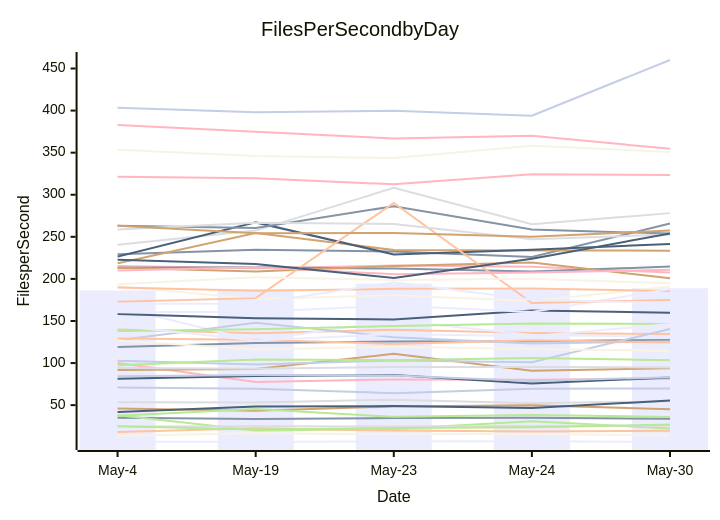
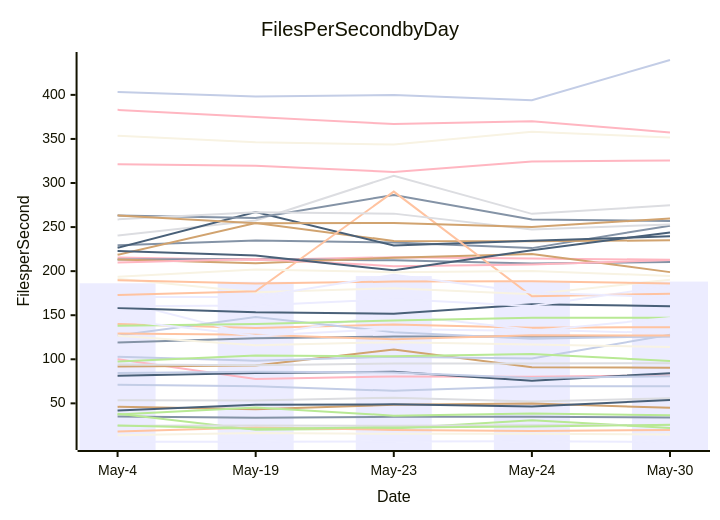
One commit to streetsidesoftware/cspell changed the diagram in perf-report.md. Above: the diagram before and after it, drawn with Mermaid. The commit also changed other lines of this file and 2 other files, not shown here.

````diff
--- a/perf-report.md
+++ b/perf-report.md
@@ -11,57 +11,57 @@
 ```mermaid
 xychart-beta
     title Files Per Second by Day
     y-axis Files per Second
     x-axis Date [May-4, May-19, May-23, May-24, May-30]
-    bar [186.25, 187.94, 194.38, 187.53, 188.92]
-    line [35.07, 33.61, 34.69, 34.94, 33.95]
-    line [140.01, 135.42, 139.50, 135.65, 134.52]
-    line [53.38, 53.17, 56.48, 52.20, 54.66]
-    line [38.18, 20.00, 21.53, 30.85, 22.15]
-    line [46.04, 43.44, 48.37, 49.79, 45.25]
-    line [71.11, 69.47, 64.25, 69.53, 69.68]
-    line [100.08, 77.54, 80.59, 80.29, 81.23]
-    line [81.26, 84.52, 85.73, 75.59, 82.90]
-    line [191.37, 176.15, 180.59, 173.73, 190.94]
-    line [166.55, 126.61, 150.87, 133.44, 131.20]
-    line [119.17, 123.77, 125.73, 125.94, 127.43]
-    line [17.95, 22.53, 19.87, 18.72, 19.65]
-    line [24.56, 24.84, 24.48, 25.27, 25.42]
-    line [24.93, 21.05, 22.73, 23.64, 26.94]
-    line [91.75, 92.82, 111.10, 90.94, 93.75]
-    line [102.79, 98.35, 102.96, 100.96, 140.55]
-    line [382.99, 374.77, 366.83, 370.08, 354.54]
-    line [158.32, 153.28, 151.73, 162.52, 159.90]
-    line [13.72, 16.48, 15.39, 15.58, 14.26]
-    line [6.46, 6.48, 6.70, 7.10, 6.20]
-    line [229.32, 234.71, 232.57, 226.13, 265.79]
-    line [189.78, 185.86, 188.16, 188.58, 185.60]
-    line [240.52, 257.39, 308.24, 265.00, 278.15]
-    line [37.38, 45.35, 36.07, 38.42, 36.05]
-    line [218.55, 254.57, 234.26, 233.79, 233.59]
-    line [127.00, 147.92, 130.77, 123.22, 125.73]
-    line [215.39, 212.55, 215.84, 214.38, 207.68]
-    line [226.51, 267.13, 229.05, 234.58, 241.52]
-    line [353.58, 346.15, 343.69, 358.26, 350.88]
-    line [160.29, 160.94, 168.26, 160.60, 188.11]
-    line [213.17, 213.72, 212.23, 208.69, 214.71]
-    line [129.13, 127.71, 122.71, 127.15, 124.34]
-    line [94.12, 93.35, 95.34, 95.32, 94.75]
-    line [138.03, 140.07, 144.01, 147.15, 146.35]
-    line [213.15, 208.87, 215.23, 219.43, 200.71]
-    line [84.38, 85.95, 85.08, 78.77, 83.17]
-    line [321.24, 319.57, 312.48, 324.31, 323.51]
-    line [41.81, 48.29, 48.86, 46.46, 55.44]
-    line [126.81, 116.06, 119.43, 116.84, 114.69]
-    line [144.52, 126.78, 134.48, 131.99, 146.37]
-    line [263.11, 260.36, 286.42, 258.60, 253.82]
-    line [172.93, 177.15, 290.28, 171.42, 175.04]
-    line [258.73, 266.74, 265.26, 247.18, 252.79]
-    line [97.37, 104.19, 103.43, 105.92, 103.38]
-    line [263.28, 254.35, 254.61, 250.00, 257.52]
-    line [403.25, 398.12, 399.78, 393.93, 460.10]
-    line [209.84, 213.89, 205.67, 207.63, 210.79]
-    line [222.86, 217.73, 200.96, 223.84, 254.05]
-    line [193.68, 201.86, 198.76, 200.08, 194.69]
-    line [170.59, 170.67, 195.94, 175.36, 171.48]
+    bar [186.25, 187.94, 194.38, 187.53, 188.19]
+    line [35.07, 33.61, 34.69, 34.94, 33.92]
+    line [140.01, 135.42, 139.50, 135.65, 136.47]
+    line [53.38, 53.17, 56.48, 52.20, 55.80]
+    line [38.18, 20.00, 21.53, 30.85, 22.08]
+    line [46.04, 43.44, 48.37, 49.79, 44.95]
+    line [71.11, 69.47, 64.25, 69.53, 69.50]
+    line [100.08, 77.54, 80.59, 80.29, 81.62]
+    line [81.26, 84.52, 85.73, 75.59, 84.24]
+    line [191.37, 176.15, 180.59, 173.73, 190.26]
+    line [166.55, 126.61, 150.87, 133.44, 129.61]
+    line [119.17, 123.77, 125.73, 125.94, 126.02]
+    line [17.95, 22.53, 19.87, 18.72, 19.68]
+    line [24.56, 24.84, 24.48, 25.27, 25.58]
+    line [24.93, 21.05, 22.73, 23.64, 25.63]
+    line [91.75, 92.82, 111.10, 90.94, 90.43]
+    line [102.79, 98.35, 102.96, 100.96, 127.74]
+    line [382.99, 374.77, 366.83, 370.08, 357.43]
+    line [158.32, 153.28, 151.73, 162.52, 160.17]
+    line [13.72, 16.48, 15.39, 15.58, 14.60]
+    line [6.46, 6.48, 6.70, 7.10, 6.15]
+    line [229.32, 234.71, 232.57, 226.13, 251.62]
+    line [189.78, 185.86, 188.16, 188.58, 186.00]
+    line [240.52, 257.39, 308.24, 265.00, 274.75]
+    line [37.38, 45.35, 36.07, 38.42, 36.51]
+    line [218.55, 254.57, 234.26, 233.79, 235.01]
+    line [127.00, 147.92, 130.77, 123.22, 126.28]
+    line [215.39, 212.55, 215.84, 214.38, 212.88]
+    line [226.51, 267.13, 229.05, 234.58, 239.50]
+    line [353.58, 346.15, 343.69, 358.26, 351.64]
+    line [160.29, 160.94, 168.26, 160.60, 183.20]
+    line [213.17, 213.72, 212.23, 208.69, 210.31]
+    line [129.13, 127.71, 122.71, 127.15, 127.04]
+    line [94.12, 93.35, 95.34, 95.32, 95.45]
+    line [138.03, 140.07, 144.01, 147.15, 146.99]
+    line [213.15, 208.87, 215.23, 219.43, 198.90]
+    line [84.38, 85.95, 85.08, 78.77, 80.67]
+    line [321.24, 319.57, 312.48, 324.31, 325.62]
+    line [41.81, 48.29, 48.86, 46.46, 53.94]
+    line [126.81, 116.06, 119.43, 116.84, 113.98]
+    line [144.52, 126.78, 134.48, 131.99, 146.97]
+    line [263.11, 260.36, 286.42, 258.60, 256.96]
+    line [172.93, 177.15, 290.28, 171.42, 174.39]
+    line [258.73, 266.74, 265.26, 247.18, 253.03]
+    line [97.37, 104.19, 103.43, 105.92, 98.16]
+    line [263.28, 254.35, 254.61, 250.00, 259.75]
+    line [403.25, 398.12, 399.78, 393.93, 439.57]
+    line [209.84, 213.89, 205.67, 207.63, 212.54]
+    line [222.86, 217.73, 200.96, 223.84, 243.97]
+    line [193.68, 201.86, 198.76, 200.08, 194.62]
+    line [170.59, 170.67, 195.94, 175.36, 170.71]
 ```
````
